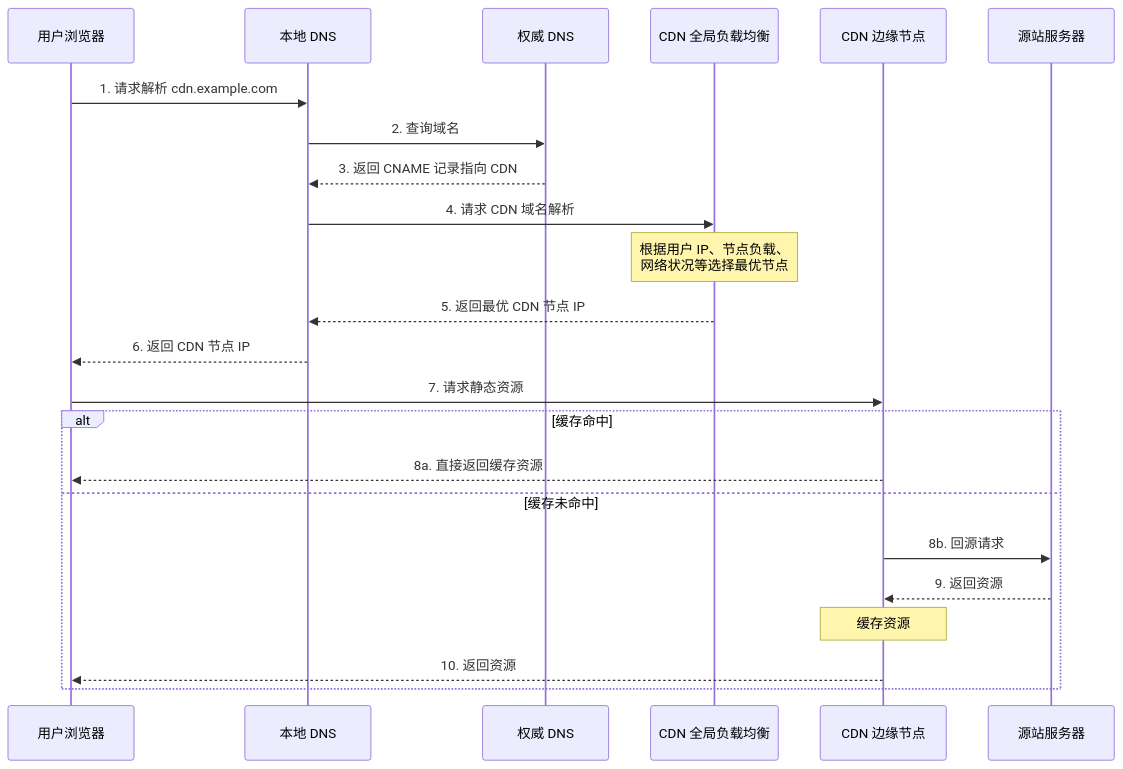
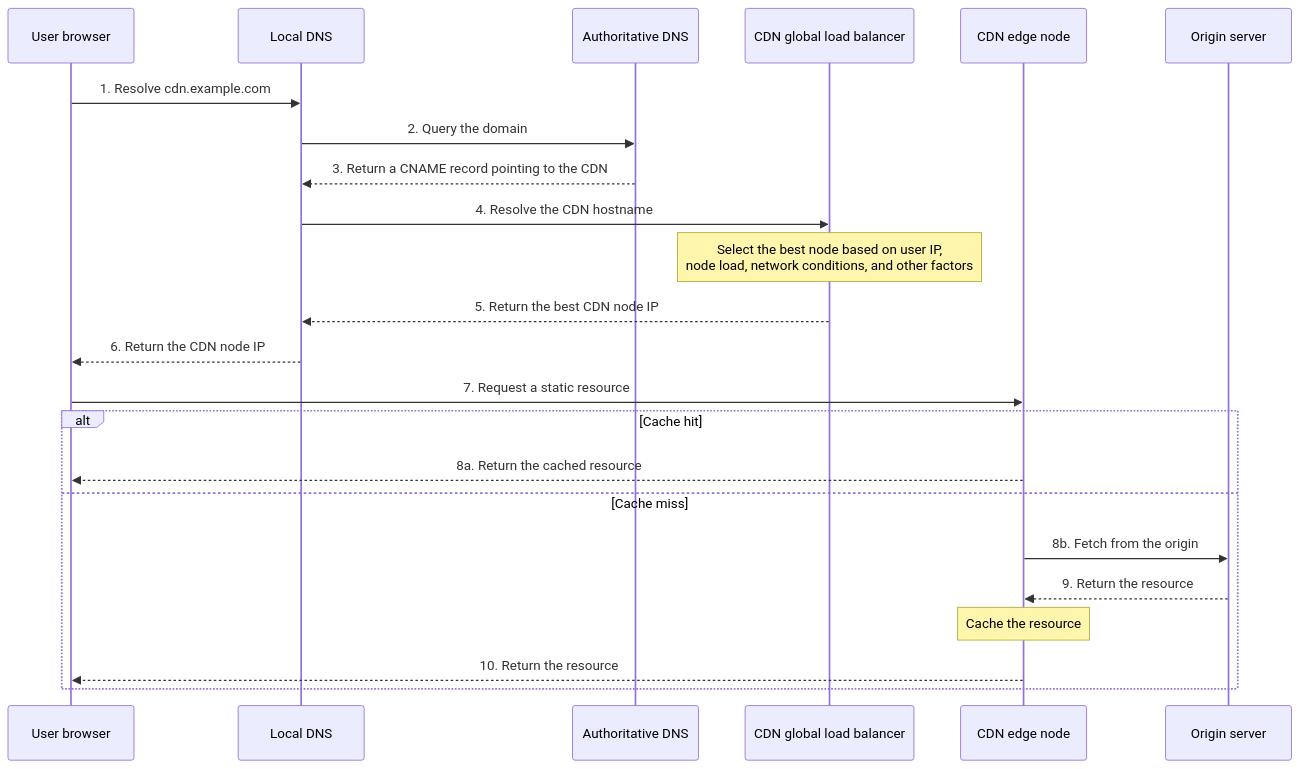
Before and after one commit to m3h3d1/JavaGuideEn: the diagram in docs/high-performance/cdn.md, drawn with Mermaid. The commit also changed other lines of this file and 128 other files, not shown here.

````diff
--- a/docs/high-performance/cdn.md
+++ b/docs/high-performance/cdn.md
@@ -105,29 +105,29 @@
 ```mermaid
 sequenceDiagram
-    participant User as 用户浏览器
-    participant LocalDNS as 本地 DNS
-    participant AuthDNS as 权威 DNS
-    participant GSLB as CDN 全局负载均衡
-    participant Edge as CDN 边缘节点
-    participant Origin as 源站服务器
+    participant User as User browser
+    participant LocalDNS as Local DNS
+    participant AuthDNS as Authoritative DNS
+    participant GSLB as CDN global load balancer
+    participant Edge as CDN edge node
+    participant Origin as Origin server
 
-    User->>LocalDNS: 1. 请求解析 cdn.example.com
-    LocalDNS->>AuthDNS: 2. 查询域名
-    AuthDNS-->>LocalDNS: 3. 返回 CNAME 记录指向 CDN
-    LocalDNS->>GSLB: 4. 请求 CDN 域名解析
+    User->>LocalDNS: 1. Resolve cdn.example.com
+    LocalDNS->>AuthDNS: 2. Query the domain
+    AuthDNS-->>LocalDNS: 3. Return a CNAME record pointing to the CDN
+    LocalDNS->>GSLB: 4. Resolve the CDN hostname
 
-    Note over GSLB: 根据用户 IP、节点负载、<br/>网络状况等选择最优节点
+    Note over GSLB: Select the best node based on user IP,<br/>node load, network conditions, and other factors
 
-    GSLB-->>LocalDNS: 5. 返回最优 CDN 节点 IP
-    LocalDNS-->>User: 6. 返回 CDN 节点 IP
-    User->>Edge: 7. 请求静态资源
+    GSLB-->>LocalDNS: 5. Return the best CDN node IP
+    LocalDNS-->>User: 6. Return the CDN node IP
+    User->>Edge: 7. Request a static resource
 
-    alt 缓存命中
-        Edge-->>User: 8a. 直接返回缓存资源
-    else 缓存未命中
-        Edge->>Origin: 8b. 回源请求
-        Origin-->>Edge: 9. 返回资源
-        Note over Edge: 缓存资源
-        Edge-->>User: 10. 返回资源
+    alt Cache hit
+        Edge-->>User: 8a. Return the cached resource
+    else Cache miss
+        Edge->>Origin: 8b. Fetch from the origin
+        Origin-->>Edge: 9. Return the resource
+        Note over Edge: Cache the resource
+        Edge-->>User: 10. Return the resource
     end
 ```
````
